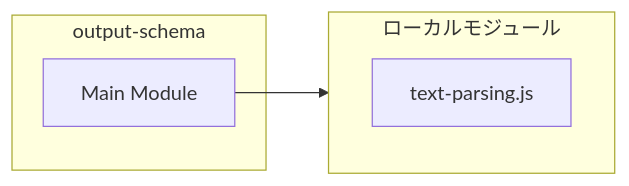
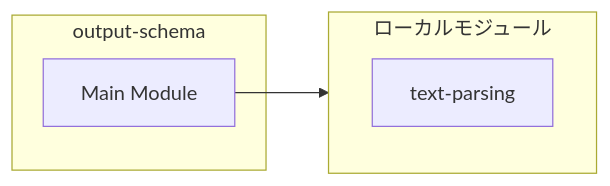
The second of 4 diagrams in ABDD/.pi/lib/output-schema.md (Mekann2904/mekann), drawn with Mermaid before and after one commit. The commit also changed other lines of this file and 174 other files, not shown here.

First line of the commit message:
fix(docs): ABDDのMermaid図生成エラーを修正する

````diff
--- a/ABDD/.pi/lib/output-schema.md
+++ b/ABDD/.pi/lib/output-schema.md
@@ -92,10 +92,10 @@
 ```mermaid
 flowchart LR
   subgraph this[output-schema]
     main[Main Module]
   end
   subgraph local[ローカルモジュール]
-    text_parsing_js["text-parsing.js"]
+    text_parsing["text-parsing"]
   end
   main --> local
 ```
````
